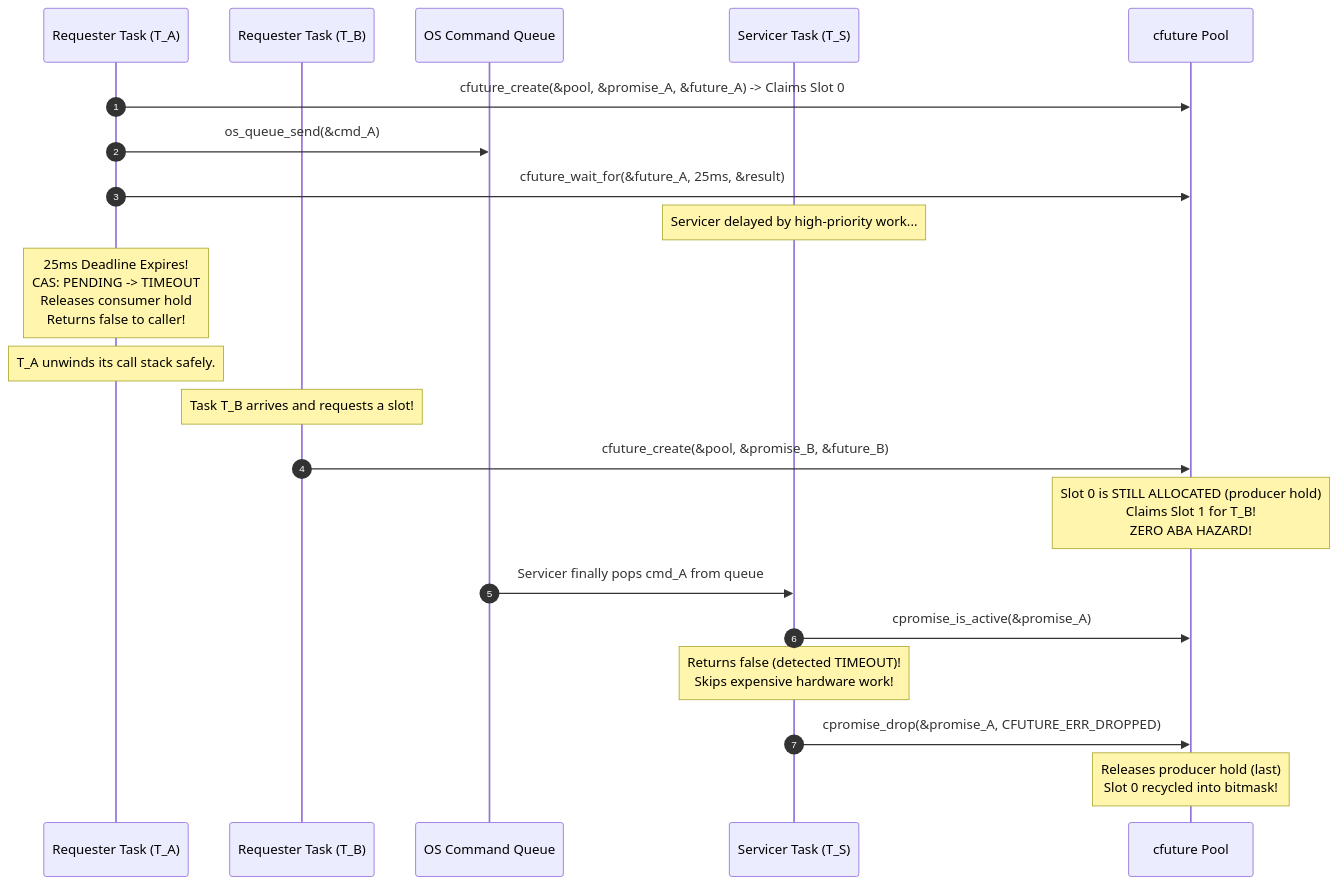
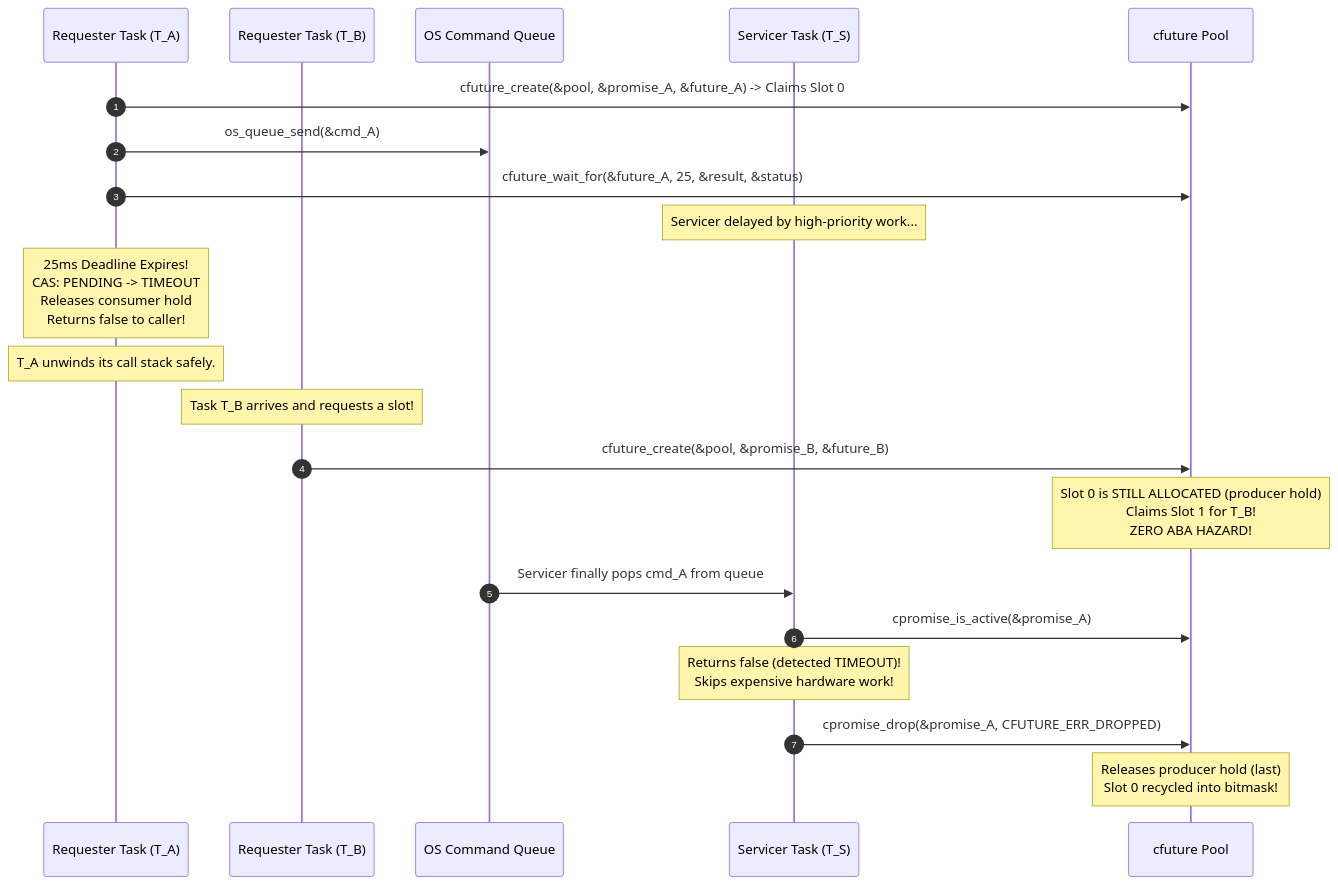
The fourth of 6 diagrams in README.md (Mrunmoy/janus), drawn with Mermaid before and after one commit. The commit also changed other lines of this file and 3 other files, not shown here.

Commit message:
docs: address remaining review findings (CLI table, tree, diagrams, walkthrough, plan)

````diff
--- a/README.md
+++ b/README.md
@@ -408,24 +409,24 @@
 ```mermaid
 sequenceDiagram
     autonumber
     participant A as Requester Task (T_A)
     participant B as Requester Task (T_B)
     participant Q as OS Command Queue
     participant S as Servicer Task (T_S)
     participant P as cfuture Pool
 
     A->>P: cfuture_create(&pool, &promise_A, &future_A) -> Claims Slot 0
     A->>Q: os_queue_send(&cmd_A)
-    A->>P: cfuture_wait_for(&future_A, 25ms, &result)
+    A->>P: cfuture_wait_for(&future_A, 25, &result, &status)
     Note over S: Servicer delayed by high-priority work...
     Note over A: 25ms Deadline Expires!<br/>CAS: PENDING -> TIMEOUT<br/>Releases consumer hold<br/>Returns false to caller!
     Note over A: T_A unwinds its call stack safely.
     Note over B: Task T_B arrives and requests a slot!
     B->>P: cfuture_create(&pool, &promise_B, &future_B)
     Note over P: Slot 0 is STILL ALLOCATED (producer hold)<br/>Claims Slot 1 for T_B!<br/>ZERO ABA HAZARD!
     Q->>S: Servicer finally pops cmd_A from queue
     S->>P: cpromise_is_active(&promise_A)
     Note over S: Returns false (detected TIMEOUT)!<br/>Skips expensive hardware work!
     S->>P: cpromise_drop(&promise_A, CFUTURE_ERR_DROPPED)
     Note over P: Releases producer hold (last)<br/>Slot 0 recycled into bitmask!
 ```
````
